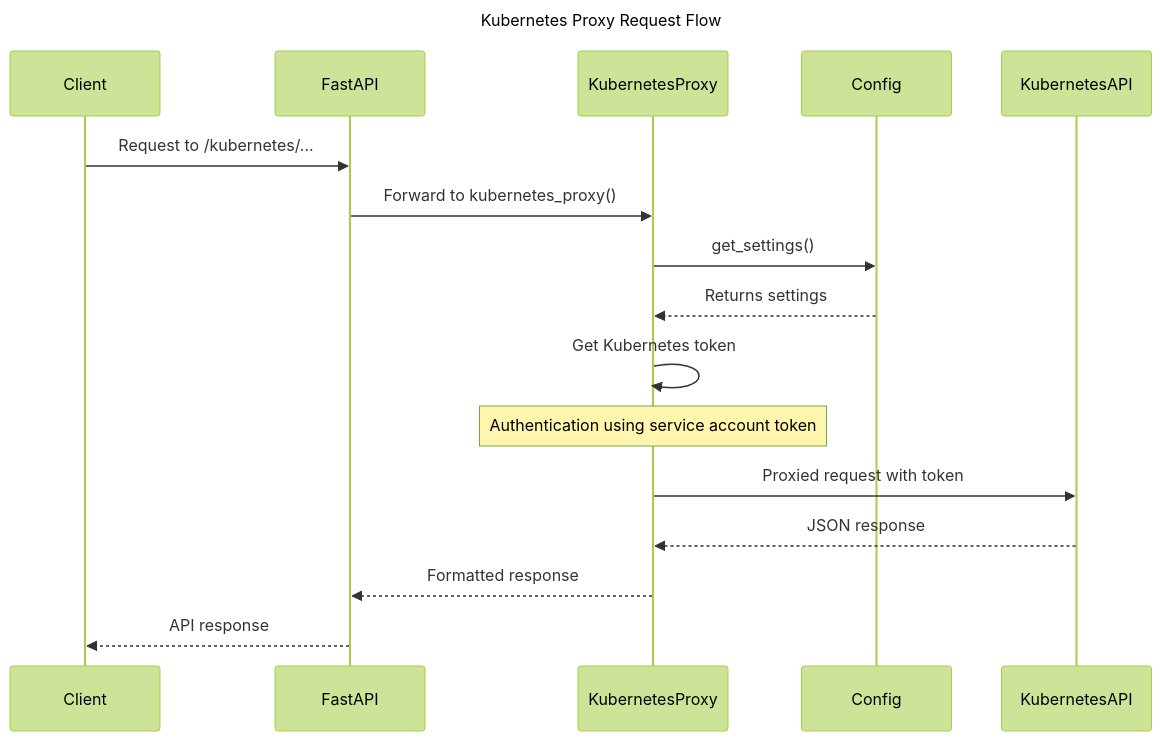
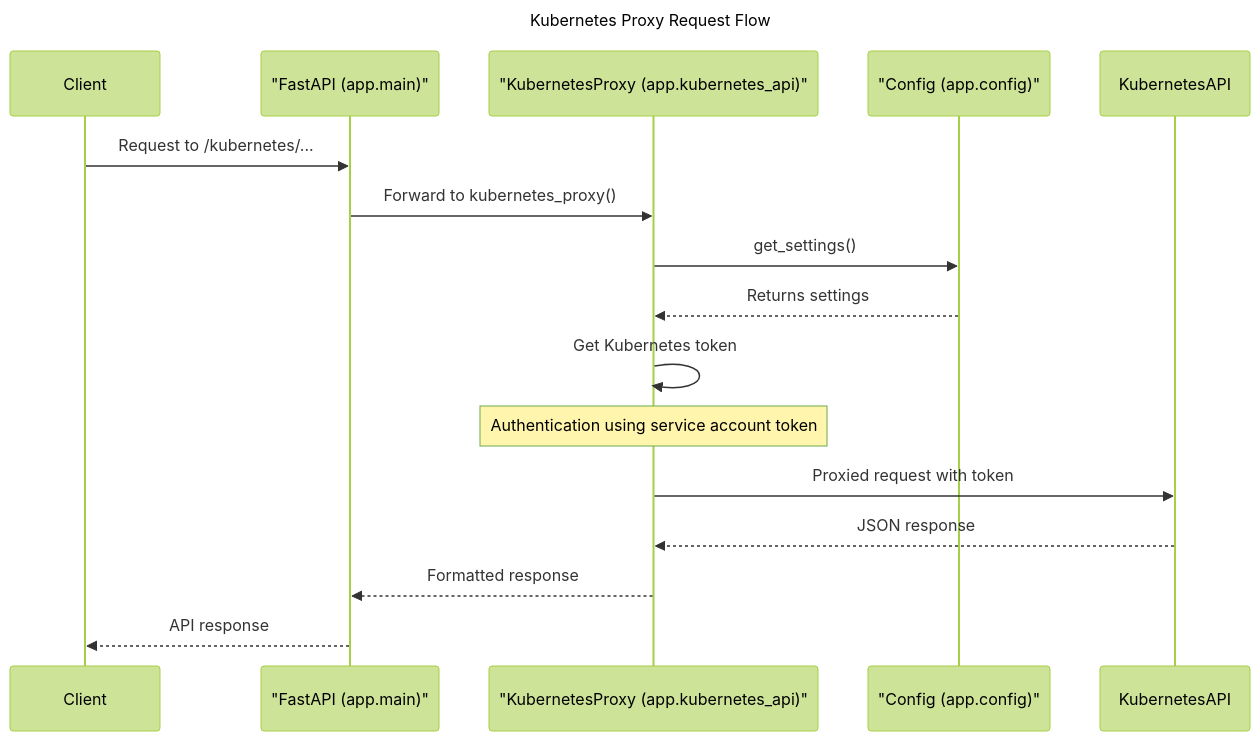
The diagram in fastapi/mermaid/kubernetes-proxy-sequence.mermaid (lloydchang/tvp-k8s), drawn with Mermaid (forest theme) before and after one commit. The commit also changed 7 other files, not shown here.

```diff
--- a/fastapi/mermaid/kubernetes-proxy-sequence.mermaid
+++ b/fastapi/mermaid/kubernetes-proxy-sequence.mermaid
@@ -1,19 +1,19 @@
 sequenceDiagram
     title: Kubernetes Proxy Request Flow
     participant Client
-    participant FastAPI
-    participant KubernetesProxy
-    participant Config
+    participant FastAPI as "FastAPI (app.main)"
+    participant KubernetesProxy as "KubernetesProxy (app.kubernetes_api)"
+    participant Config as "Config (app.config)"
     participant KubernetesAPI
     
     Client->>FastAPI: Request to /kubernetes/...
     FastAPI->>KubernetesProxy: Forward to kubernetes_proxy()
     KubernetesProxy->>Config: get_settings()
     Config-->>KubernetesProxy: Returns settings
     
     KubernetesProxy->>KubernetesProxy: Get Kubernetes token
     Note over KubernetesProxy: Authentication using service account token
     KubernetesProxy->>KubernetesAPI: Proxied request with token
     KubernetesAPI-->>KubernetesProxy: JSON response
     KubernetesProxy-->>FastAPI: Formatted response
     FastAPI-->>Client: API response
```
